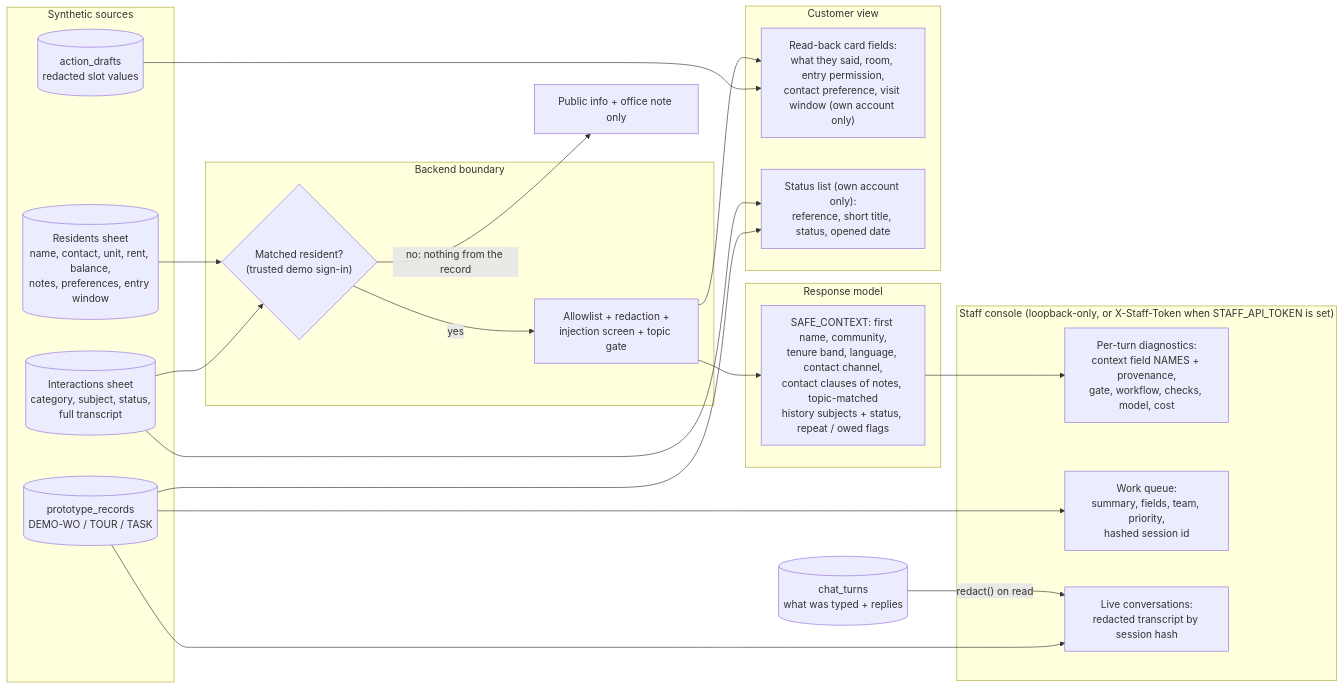
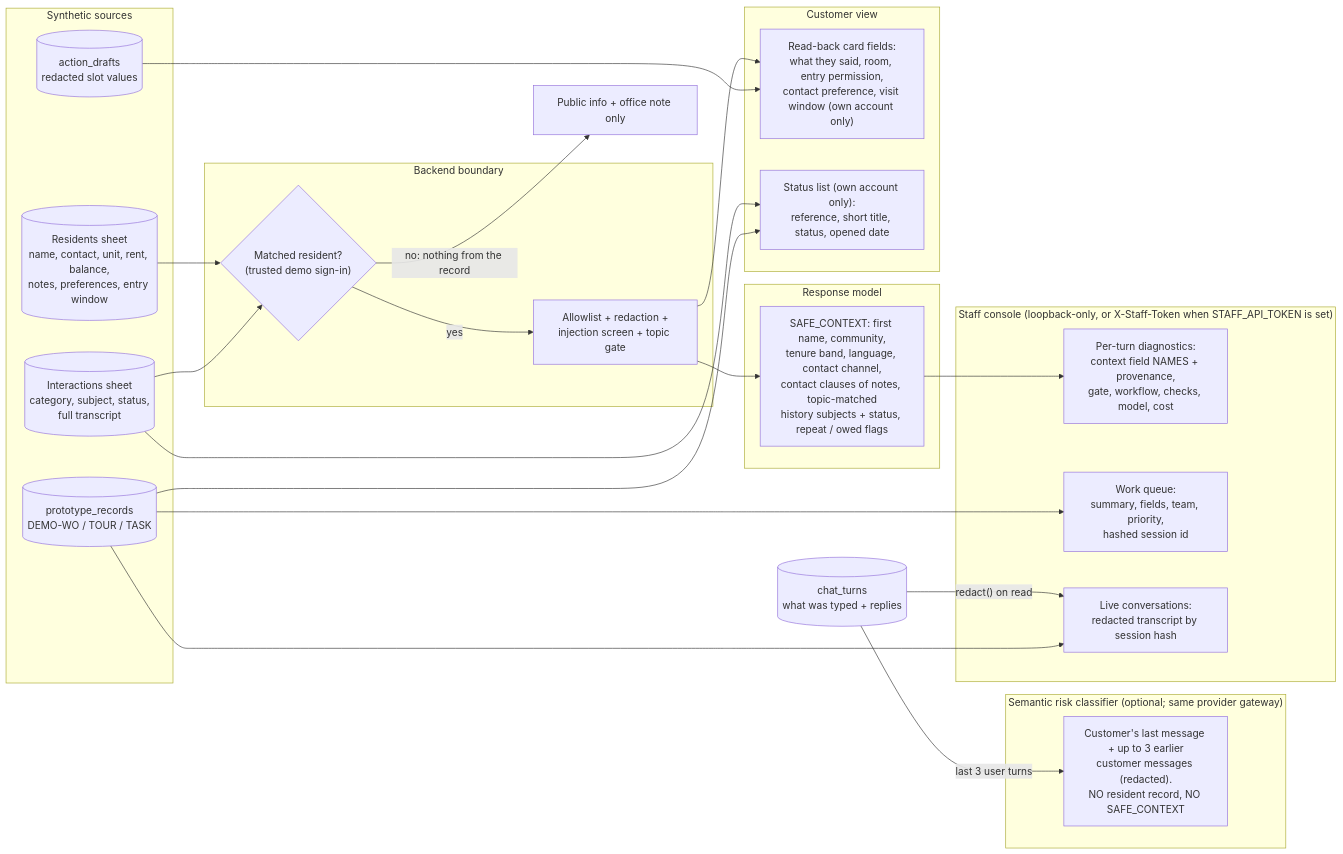
Before and after one commit to Ross-Business-Tech/McKinley-Project-1: the diagram in docs/diagrams/data-access.md, drawn with Mermaid. The commit also changed other lines of this file and 10 other files, not shown here.

Commit message:
docs: sprint 3 safety evaluation, live-LLM status (blocked), safety architecture diagrams; demo snapshot re-recorded

````diff
--- a/docs/diagrams/data-access.md
+++ b/docs/diagrams/data-access.md
@@ -5,44 +5,49 @@
 ```mermaid
 flowchart LR
   subgraph Source["Synthetic sources"]
     R[("Residents sheet<br/>name, contact, unit, rent, balance,<br/>notes, preferences, entry window")]
     I[("Interactions sheet<br/>category, subject, status,<br/>full transcript")]
     P[("prototype_records<br/>DEMO-WO / TOUR / TASK")]
     D[("action_drafts<br/>redacted slot values")]
   end
 
   subgraph Gate["Backend boundary"]
     ID{"Matched resident?<br/>(trusted demo sign-in)"}
     AL["Allowlist + redaction +<br/>injection screen + topic gate"]
+  end
+
+  subgraph Risk["Semantic risk classifier (optional; same provider gateway)"]
+    RC["Customer's last message + up to 3 earlier<br/>customer messages (redacted).<br/>NO resident record, NO SAFE_CONTEXT"]
   end
 
   subgraph Model["Response model"]
     SC["SAFE_CONTEXT: first name, community,<br/>tenure band, language, contact channel,<br/>contact clauses of notes, topic-matched<br/>history subjects + status, repeat / owed flags"]
   end
 
   subgraph Customer["Customer view"]
     CARD["Read-back card fields:<br/>what they said, room, entry permission,<br/>contact preference, visit window (own account only)"]
     STAT["Status list (own account only):<br/>reference, short title, status, opened date"]
   end
 
   subgraph Staff["Staff console (loopback-only, or X-Staff-Token when STAFF_API_TOKEN is set)"]
     DIAG["Per-turn diagnostics:<br/>context field NAMES + provenance,<br/>gate, workflow, checks, model, cost"]
     RECS["Work queue:<br/>summary, fields, team, priority,<br/>hashed session id"]
     LIVE["Live conversations:<br/>redacted transcript by session hash"]
   end
   T[("chat_turns<br/>what was typed + replies")]
 
   R --> ID
   I --> ID
   ID -- "yes" --> AL
   ID -- "no: nothing from the record" --> X["Public info + office note only"]
   AL --> SC
   AL --> CARD
   I --> STAT
   P --> STAT
   P --> RECS
   D --> CARD
   SC --> DIAG
   T -- "redact() on read" --> LIVE
+  T -- "last 3 user turns" --> RC
   P --> LIVE
 ```
````
